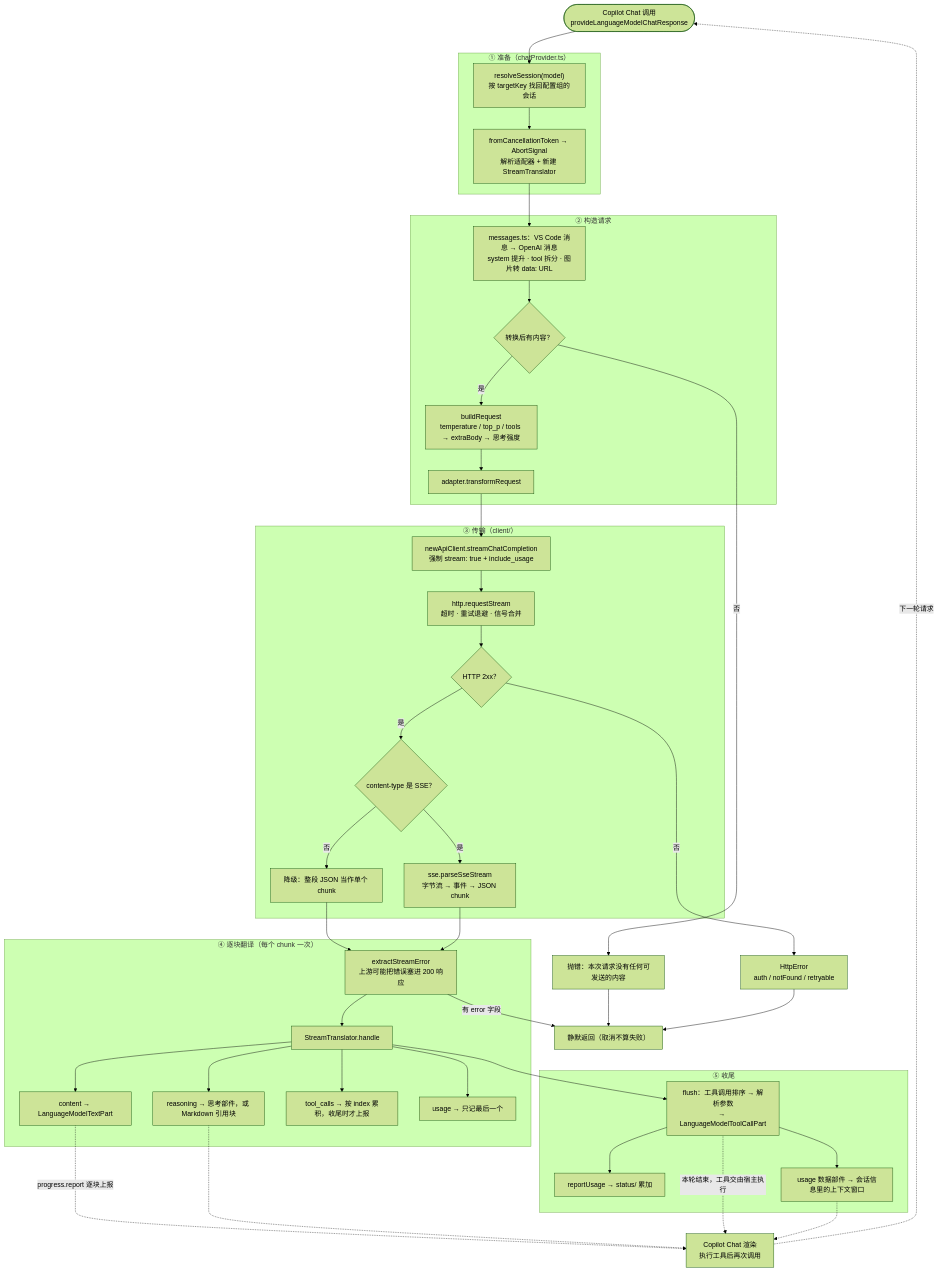
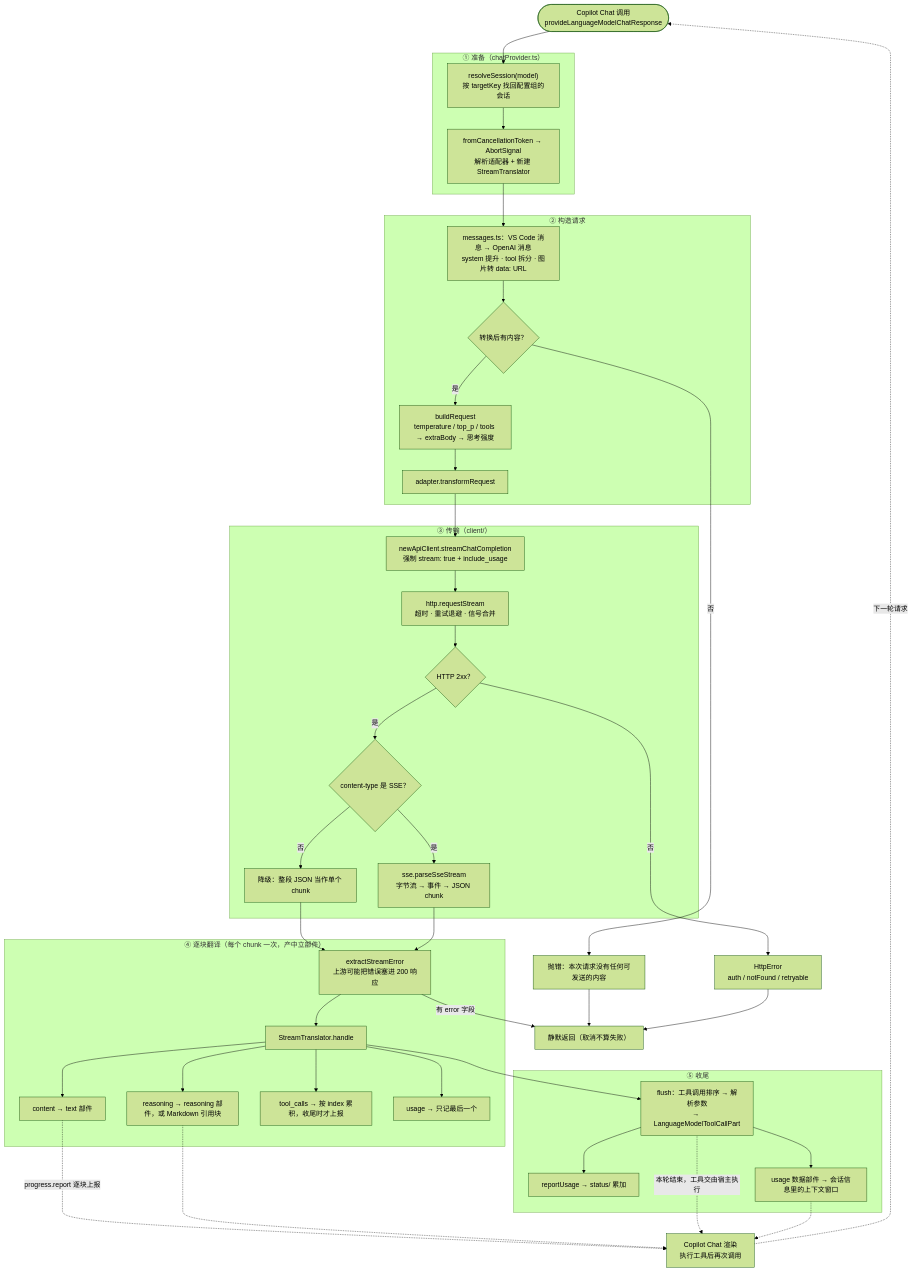
One commit to zephyraluco/newapi-copilot-chat changed the second of 5 diagrams in docs/ARCHITECTURE.md. Above: the diagram before and after it, drawn with Mermaid (forest theme). The commit also changed other lines of this file and 28 other files, not shown here.

First line of the commit message:
chore: checkpoint the four architecture optimizations

````diff
--- a/docs/ARCHITECTURE.md
+++ b/docs/ARCHITECTURE.md
@@ -66,63 +66,63 @@
 ```mermaid
 flowchart TD
     start(["Copilot Chat 调用<br/>provideLanguageModelChatResponse"])
 
     subgraph s1["① 准备（chatProvider.ts）"]
         a1["resolveSession(model)<br/>按 targetKey 找回配置组的会话"]
         a2["fromCancellationToken → AbortSignal<br/>解析适配器 + 新建 StreamTranslator"]
     end
 
     subgraph s2["② 构造请求"]
         b1["messages.ts：VS Code 消息 → OpenAI 消息<br/>system 提升 · tool 拆分 · 图片转 data: URL"]
         b2{"转换后有内容？"}
         b3["buildRequest<br/>temperature / top_p / tools → extraBody → 思考强度"]
         b4["adapter.transformRequest"]
     end
 
     subgraph s3["③ 传输（client/）"]
         c1["newApiClient.streamChatCompletion<br/>强制 stream: true + include_usage"]
         c2["http.requestStream<br/>超时 · 重试退避 · 信号合并"]
         c3{"HTTP 2xx？"}
         c4{"content-type 是 SSE？"}
         c5["降级：整段 JSON 当作单个 chunk"]
         c6["sse.parseSseStream<br/>字节流 → 事件 → JSON chunk"]
     end
 
-    subgraph s4["④ 逐块翻译（每个 chunk 一次）"]
+    subgraph s4["④ 逐块翻译（每个 chunk 一次，产中立部件）"]
         d1["extractStreamError<br/>上游可能把错误塞进 200 响应"]
         d3["StreamTranslator.handle"]
-        d4["content → LanguageModelTextPart"]
-        d5["reasoning → 思考部件，或 Markdown 引用块"]
+        d4["content → text 部件"]
+        d5["reasoning → reasoning 部件，或 Markdown 引用块"]
         d6["tool_calls → 按 index 累积，收尾时才上报"]
         d7["usage → 只记最后一个"]
     end
 
     subgraph s5["⑤ 收尾"]
         e2["flush：工具调用排序 → 解析参数<br/>→ LanguageModelToolCallPart"]
         e3["reportUsage → status/ 累加"]
         e4["usage 数据部件 → 会话信息里的上下文窗口"]
     end
 
     host["Copilot Chat 渲染<br/>执行工具后再次调用"]
     failed["静默返回（取消不算失败）"]
 
     start --> a1 --> a2 --> b1 --> b2
     b2 -->|"否"| b2e["抛错：本次请求没有任何可发送的内容"] --> failed
     b2 -->|"是"| b3 --> b4 --> c1 --> c2 --> c3
     c3 -->|"否"| c3e["HttpError<br/>auth / notFound / retryable"] --> failed
     c3 -->|"是"| c4
     c4 -->|"否"| c5 --> d1
     c4 -->|"是"| c6 --> d1
     d1 -->|"有 error 字段"| failed
     d1 --> d3
     d3 --> d4
     d3 --> d5
     d3 --> d6
     d3 --> d7
     d4 -.->|"progress.report 逐块上报"| host
     d5 -.-> host
     d3 --> e2 --> e3
     e2 -.->|"本轮结束，工具交由宿主执行"| host
     e2 --> e4 -.-> host
     host -.->|"下一轮请求"| start
 ```
````
